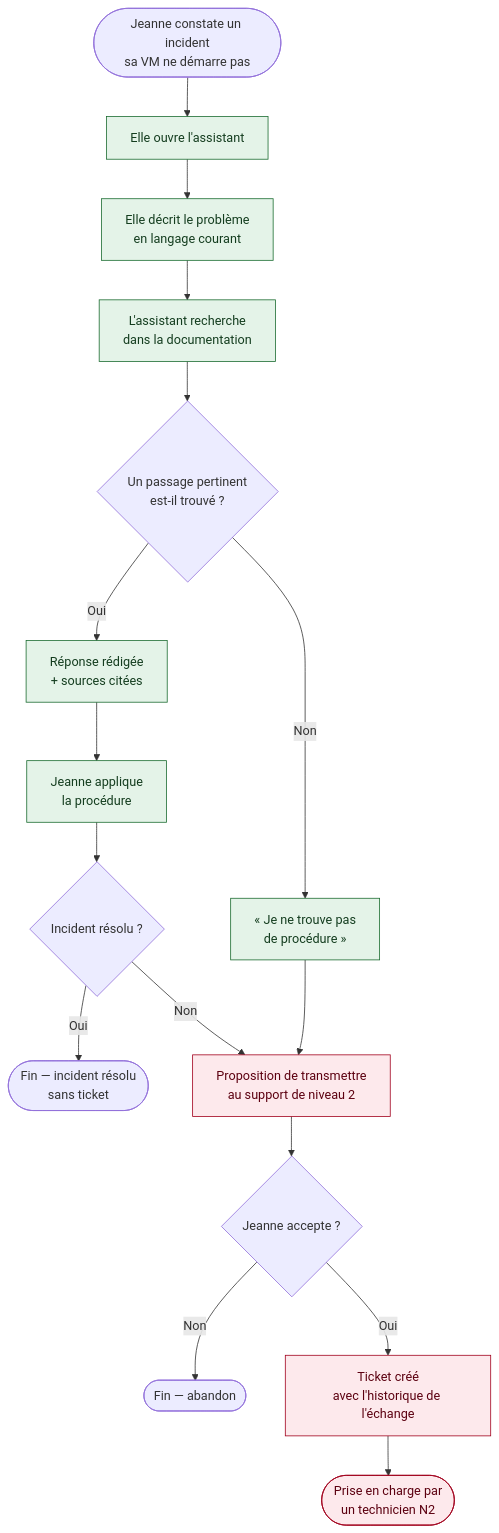
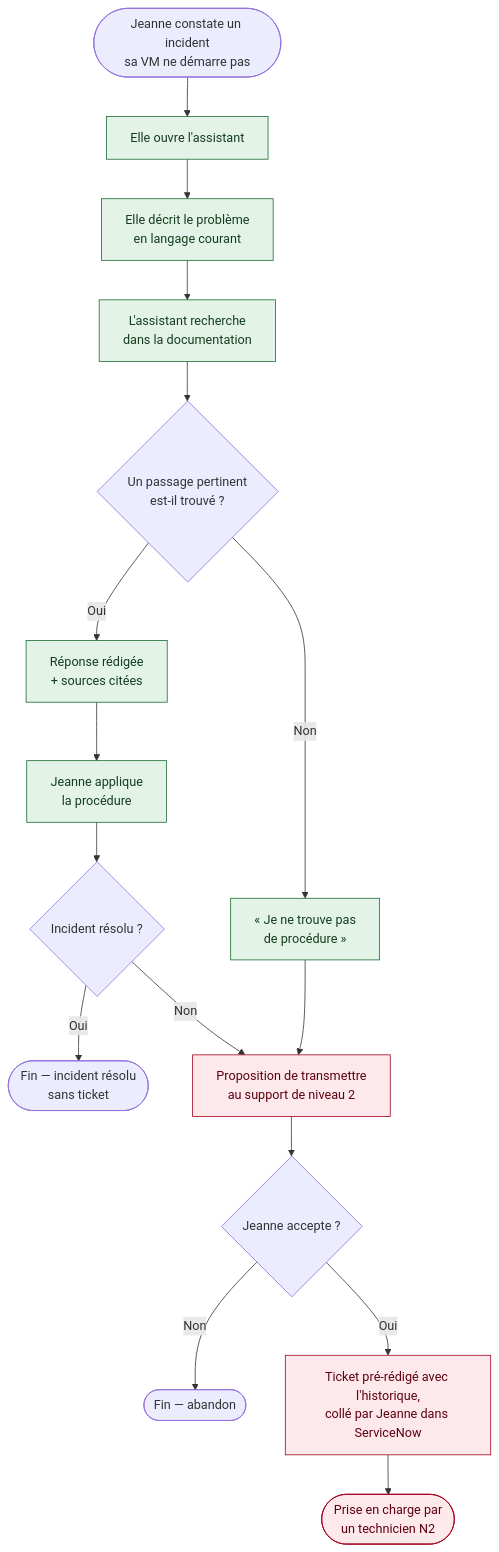
Before and after one commit to margotmc-web/Chatbot_PPV_BC07: the diagram in 8-userflow-resolution-incident.md, drawn with Mermaid. The commit also changed 11 other files, not shown here.

First line of the commit message:
Mise à jour BC07 : ticket pré-rédigé, benchmark, revue de code, plan de release

````diff
--- a/8-userflow-resolution-incident.md
+++ b/8-userflow-resolution-incident.md
@@ -5,26 +5,26 @@
 ```mermaid
 flowchart TD
     A([Jeanne constate un incident<br/>sa VM ne démarre pas]) --> B["Elle ouvre l'assistant"]
     B --> C["Elle décrit le problème<br/>en langage courant"]
     C --> D["L'assistant recherche<br/>dans la documentation"]
     D --> E{"Un passage pertinent<br/>est-il trouvé ?"}
 
     E -->|Oui| F["Réponse rédigée<br/>+ sources citées"]
     E -->|Non| G["« Je ne trouve pas<br/>de procédure »"]
 
     F --> H["Jeanne applique<br/>la procédure"]
     H --> I{"Incident résolu ?"}
     I -->|Oui| J([Fin — incident résolu<br/>sans ticket])
     I -->|Non| K
 
     G --> K["Proposition de transmettre<br/>au support de niveau 2"]
     K --> L{"Jeanne accepte ?"}
     L -->|Non| M([Fin — abandon])
-    L -->|Oui| N["Ticket créé<br/>avec l'historique de l'échange"]
+    L -->|Oui| N["Ticket pré-rédigé avec l'historique,<br/>collé par Jeanne dans ServiceNow"]
     N --> O([Prise en charge par<br/>un technicien N2])
 
     classDef ok fill:#e4f3e8,stroke:#1a6b2f,color:#143d1f;
     classDef todo fill:#fde9ec,stroke:#a1001c,color:#5c0010;
     class B,C,D,F,G,H ok
     class K,N,O todo
 ```
````
